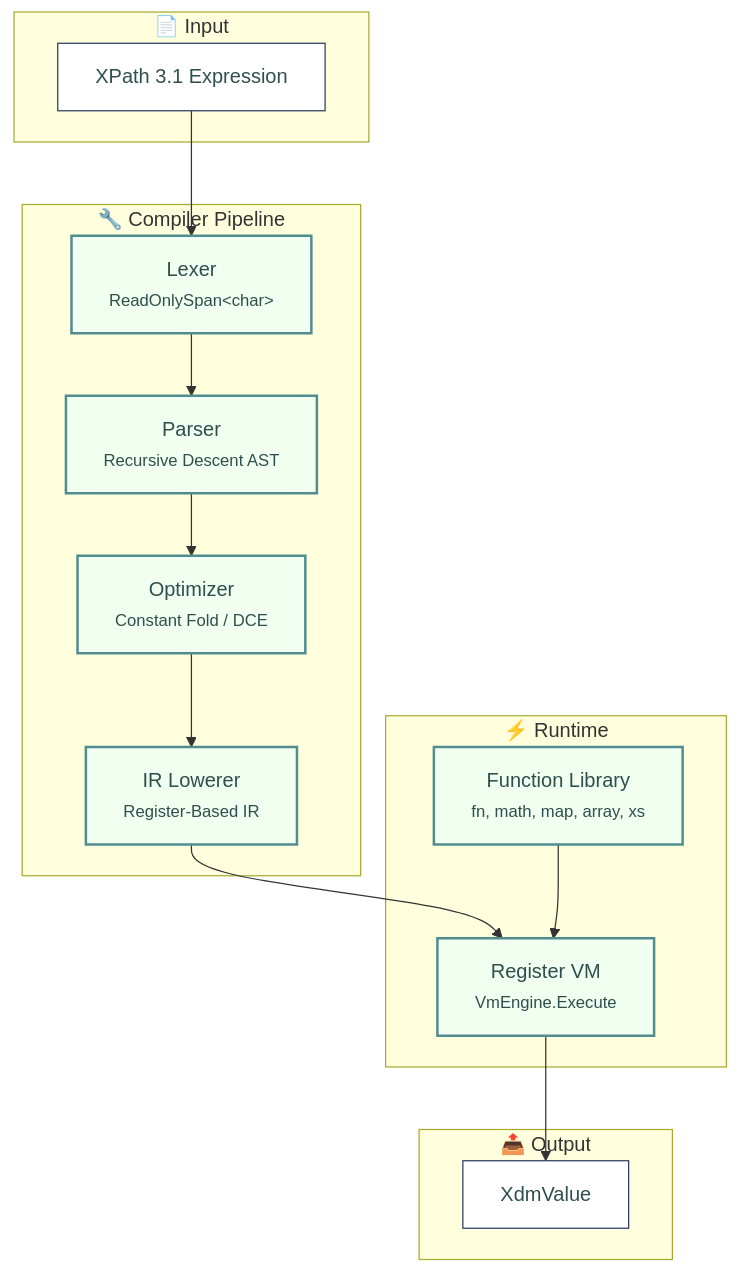
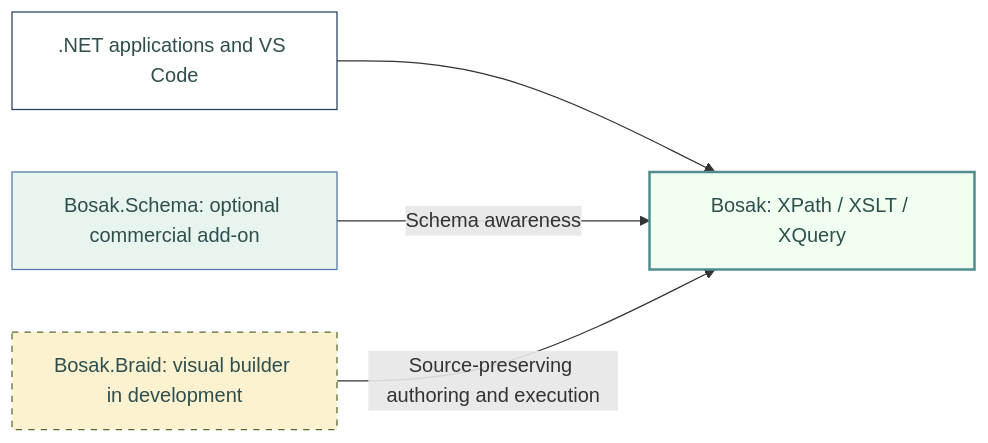
Before and after one commit to Fytala-Charles/Bosak: the diagram in README.md, drawn with Mermaid. The commit also changed other lines of this file and 10 other files, not shown here.

````diff
--- a/README.md
+++ b/README.md
@@ -514,36 +124,15 @@
 ```mermaid
-flowchart TB
-    subgraph Input["📄 Input"]
-        XPATH["XPath 3.1 Expression"]
-    end
-
-    subgraph Compiler["🔧 Compiler Pipeline"]
-        LEXER["Lexer<br/><small>ReadOnlySpan&lt;char&gt;</small>"]
-        PARSER["Parser<br/><small>Recursive Descent AST</small>"]
-        OPTIMIZER["Optimizer<br/><small>Constant Fold / DCE</small>"]
-        LOWERER["IR Lowerer<br/><small>Register-Based IR</small>"]
-    end
-
-    subgraph Runtime["⚡ Runtime"]
-        VM["Register VM<br/><small>VmEngine.Execute</small>"]
-        FUNCS["Function Library<br/><small>fn, math, map, array, xs</small>"]
-    end
-
-    subgraph Output["📤 Output"]
-        XDM["XdmValue"]
-    end
-
-    XPATH --> LEXER
-    LEXER --> PARSER
-    PARSER --> OPTIMIZER
-    OPTIMIZER --> LOWERER
-    LOWERER --> VM
-    VM --> XDM
-    FUNCS --> VM
+flowchart LR
+    Apps[".NET applications and VS Code"] --> Core["Bosak: XPath / XSLT / XQuery"]
+    Schema["Bosak.Schema: optional commercial add-on"] -->|Schema awareness| Core
+    Braid["Bosak.Braid: visual builder in development"] -->|Source-preserving authoring and execution| Core
 
     classDef current fill:#F0FFF0,stroke:#518D8F,color:#2F4F4F,stroke-width:2px
+    classDef platform fill:#E8F4EE,stroke:#5178A8,color:#2F4F4F
     classDef external fill:#FFFFFF,stroke:#293F5F,color:#2F4F4F
-
-    class LEXER,PARSER,OPTIMIZER,LOWERER,VM,FUNCS current
-    class XPATH,XDM external
+    classDef planned fill:#FDF2CF,stroke:#556B2F,color:#2F4F4F,stroke-dasharray:5 5
+    class Core current
+    class Schema platform
+    class Apps external
+    class Braid planned
 ```
````
